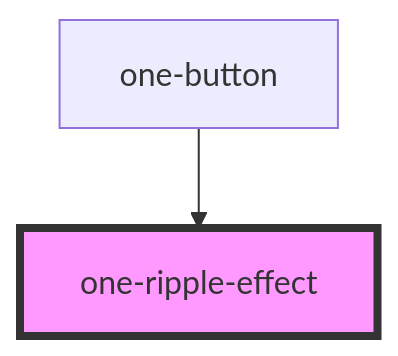
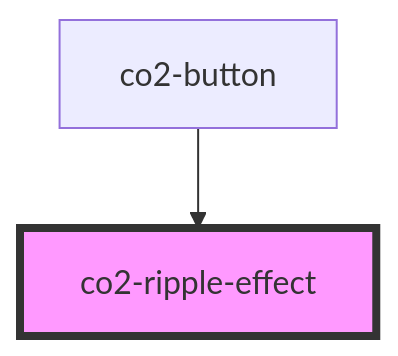
One commit to oscargm/stencil-components changed the diagram in src/components/mdc/ripple-effect/readme.md. Above: the diagram before and after it, drawn with Mermaid. The commit also changed other lines of this file and 41 other files, not shown here.

````diff
--- a/src/components/mdc/ripple-effect/readme.md
+++ b/src/components/mdc/ripple-effect/readme.md
@@ -30,5 +23,5 @@
 ```mermaid
 graph TD;
-  one-button --> one-ripple-effect
-  style one-ripple-effect fill:#f9f,stroke:#333,stroke-width:4px
+  co2-button --> co2-ripple-effect
+  style co2-ripple-effect fill:#f9f,stroke:#333,stroke-width:4px
 ```
````
